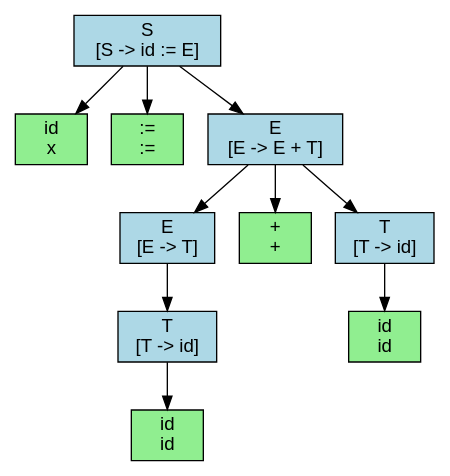
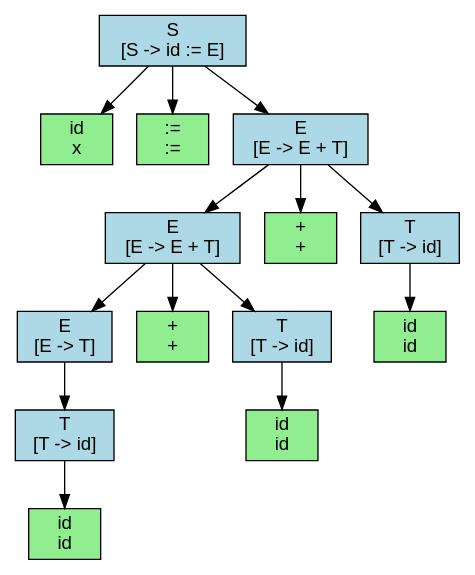
One commit to F1breXW/Compiler-Compiler-Construction changed the diagram in visualizations/assignment_1_tree.dot. Above: the diagram before and after it, drawn with Graphviz. The commit also changed 16 other files, not shown here.

```diff
--- a/visualizations/assignment_1_tree.dot
+++ b/visualizations/assignment_1_tree.dot
@@ -1,23 +1,31 @@
 digraph ParseTree {
     node [shape=box, fontname="Helvetica"];
     edge [fontname="Helvetica"];
     node0 [label="S\n[S -> id := E]", fillcolor="lightblue", style=filled];
     node1 [label="id\nx", fillcolor="lightgreen", style=filled];
     node0 -> node1;
     node2 [label=":=\n:=", fillcolor="lightgreen", style=filled];
     node0 -> node2;
     node3 [label="E\n[E -> E + T]", fillcolor="lightblue", style=filled];
     node0 -> node3;
-    node4 [label="E\n[E -> T]", fillcolor="lightblue", style=filled];
+    node4 [label="E\n[E -> E + T]", fillcolor="lightblue", style=filled];
     node3 -> node4;
-    node5 [label="T\n[T -> id]", fillcolor="lightblue", style=filled];
+    node5 [label="E\n[E -> T]", fillcolor="lightblue", style=filled];
     node4 -> node5;
-    node6 [label="id\nid", fillcolor="lightgreen", style=filled];
+    node6 [label="T\n[T -> id]", fillcolor="lightblue", style=filled];
     node5 -> node6;
-    node7 [label="+\n+", fillcolor="lightgreen", style=filled];
-    node3 -> node7;
-    node8 [label="T\n[T -> id]", fillcolor="lightblue", style=filled];
-    node3 -> node8;
-    node9 [label="id\nid", fillcolor="lightgreen", style=filled];
-    node8 -> node9;
+    node7 [label="id\nid", fillcolor="lightgreen", style=filled];
+    node6 -> node7;
+    node8 [label="+\n+", fillcolor="lightgreen", style=filled];
+    node4 -> node8;
+    node9 [label="T\n[T -> id]", fillcolor="lightblue", style=filled];
+    node4 -> node9;
+    node10 [label="id\nid", fillcolor="lightgreen", style=filled];
+    node9 -> node10;
+    node11 [label="+\n+", fillcolor="lightgreen", style=filled];
+    node3 -> node11;
+    node12 [label="T\n[T -> id]", fillcolor="lightblue", style=filled];
+    node3 -> node12;
+    node13 [label="id\nid", fillcolor="lightgreen", style=filled];
+    node12 -> node13;
 }
```
